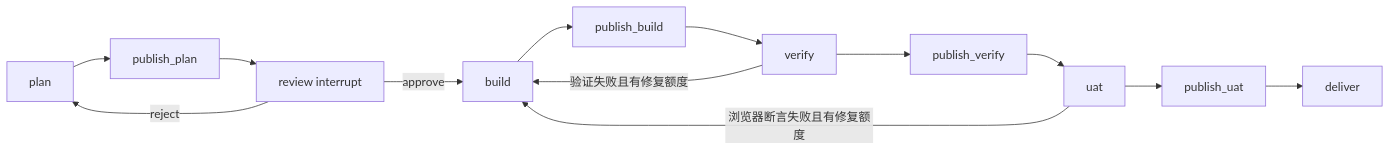
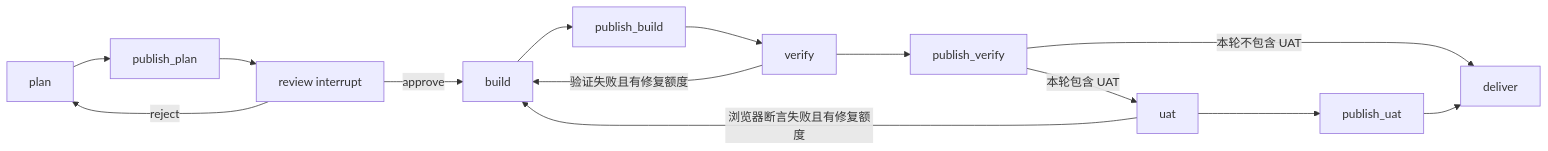
The diagram in docs/backend-learning-path.md (lusy37/issue-auto-finish), drawn with Mermaid before and after one commit. The commit also changed other lines of this file, not shown here.

````diff
--- a/docs/backend-learning-path.md
+++ b/docs/backend-learning-path.md
@@ -150,15 +152,16 @@
 ```mermaid
 flowchart LR
     A[plan] --> B[publish_plan]
     B --> C[review interrupt]
     C -->|approve| D[build]
     C -->|reject| A
     D --> E[publish_build]
     E --> F[verify]
     F --> G[publish_verify]
-    G --> H[uat]
+    G -->|本轮包含 UAT| H[uat]
+    G -->|本轮不包含 UAT| J[deliver]
     H --> I[publish_uat]
     I --> J[deliver]
     F -->|验证失败且有修复额度| D
     H -->|浏览器断言失败且有修复额度| D
 ```
````
